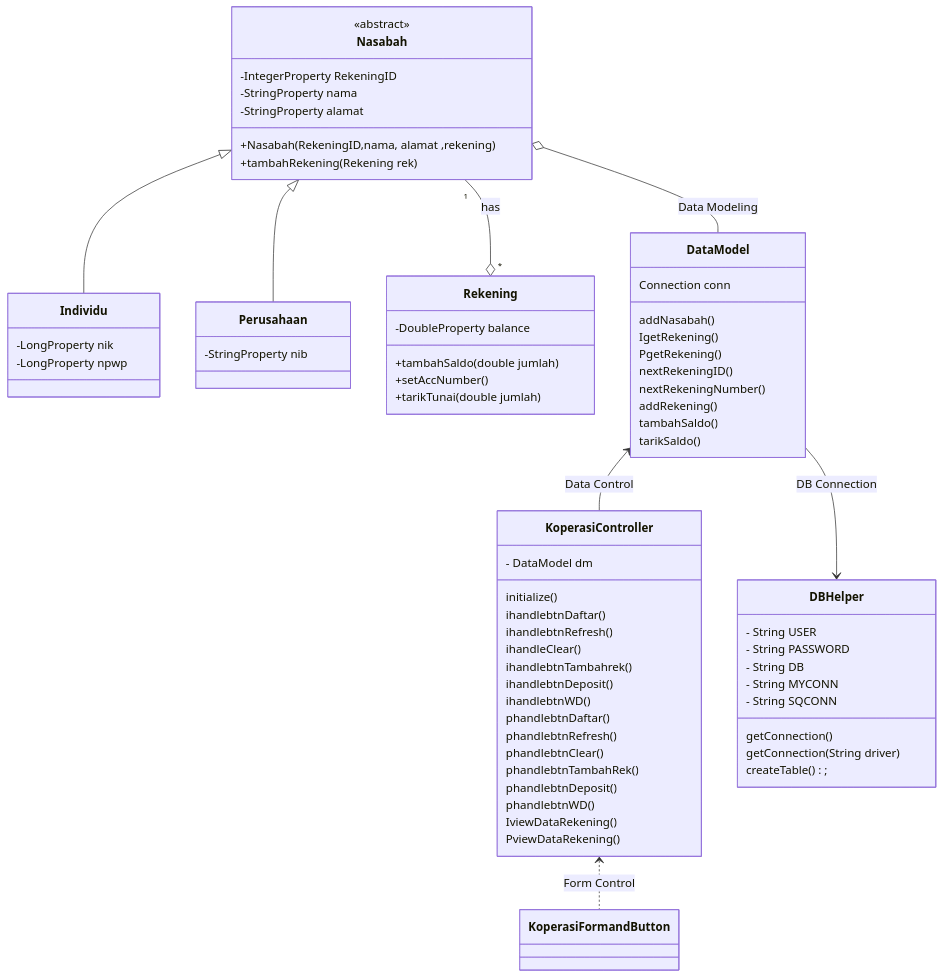
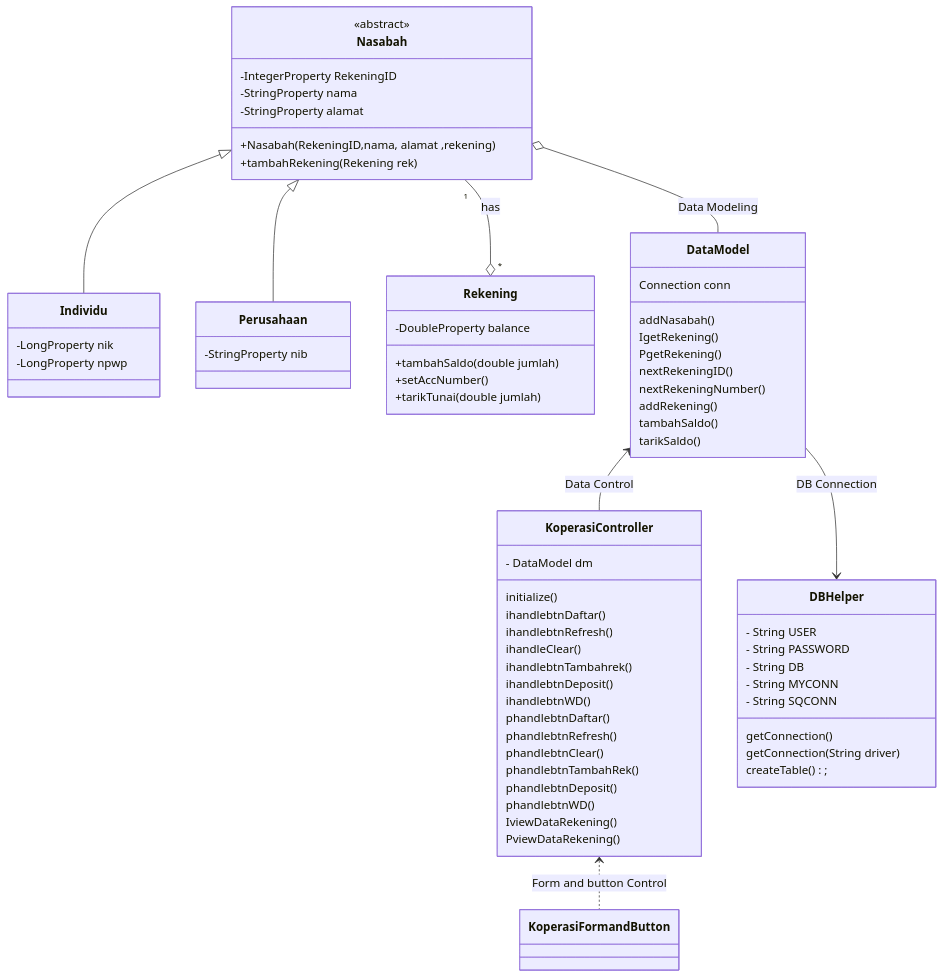
The third of 3 diagrams in README.md (yogiandaru98/KoperasiSimpanPinjam), drawn with Mermaid before and after one commit.

````diff
--- a/README.md
+++ b/README.md
@@ -90,78 +90,78 @@
 ```mermaid
 classDiagram
     Nasabah <|-- Individu
     Nasabah <|-- Perusahaan
     Nasabah "1"--o"*" Rekening : has
     Nasabah o-- DataModel : Data Modeling
     DataModel <-- KoperasiController : Data Control
     DataModel --> DBHelper : DB Connection
-    KoperasiController <.. KoperasiFormandButton : Form Control      
+    KoperasiController <.. KoperasiFormandButton : Form and button Control      
 
     class Nasabah{
       <<abstract>>
       -IntegerProperty RekeningID
       -StringProperty nama
       -StringProperty alamat
         +Nasabah(RekeningID,nama, alamat ,rekening)
         +tambahRekening(Rekening rek)
     }
     
     class Individu{
       -LongProperty nik
       -LongProperty npwp
 
     }
     class Perusahaan{
       -StringProperty nib
     }
     class Rekening{
       -DoubleProperty balance
       +tambahSaldo(double jumlah)
       +setAccNumber()
       +tarikTunai(double jumlah)
 
     }
 
     class DataModel{
         Connection conn
         addNasabah()
 	IgetRekening()
 	PgetRekening()
 	nextRekeningID()
 	nextRekeningNumber()
 	addRekening()
 	tambahSaldo()
 	tarikSaldo()
     }
 
     class KoperasiController{
         - DataModel dm
         initialize()
         ihandlebtnDaftar()
 	ihandlebtnRefresh()
 	ihandleClear()
 	ihandlebtnTambahrek()
 	ihandlebtnDeposit()
 	ihandlebtnWD()
 	phandlebtnDaftar()
 	phandlebtnRefresh()
 	phandlebtnClear()	
 	phandlebtnTambahRek()	
 	phandlebtnDeposit()
 	phandlebtnWD()
 	IviewDataRekening()
 	PviewDataRekening()
     }
     class DBHelper{
         - String USER
         - String PASSWORD
         - String DB
 	- String MYCONN
 	- String SQCONN
 
         getConnection()
         getConnection(String driver)
         createTable();
     }
             
 ```
````
